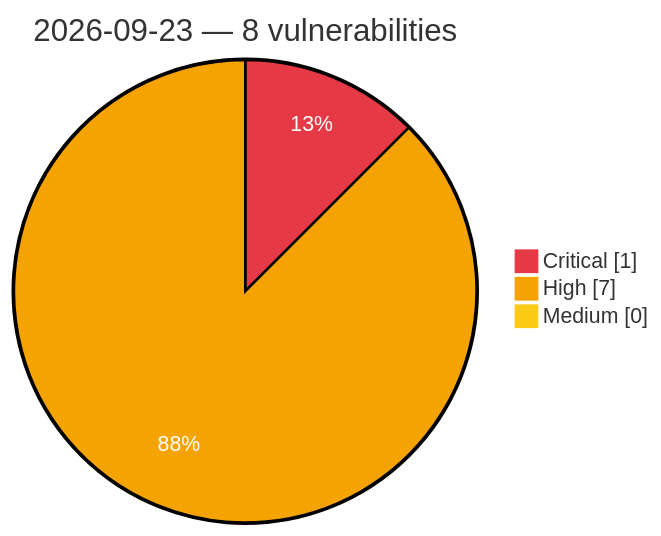
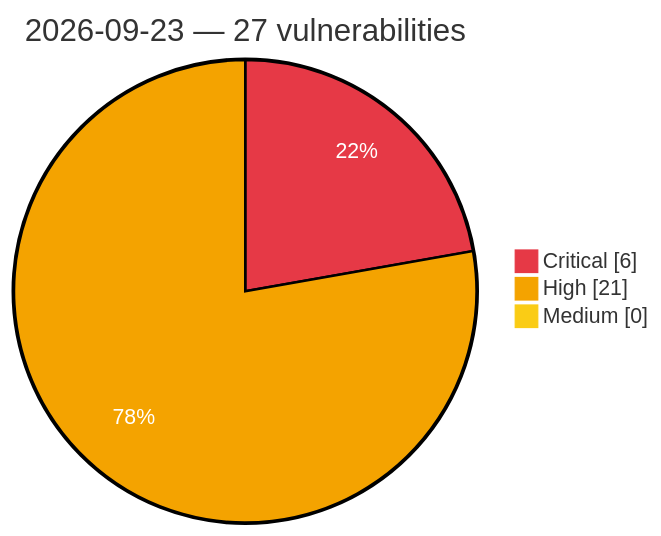
Before and after one commit to GhostX0X/vuln-tracker: the diagram in vulnerabilities/2026/September/2026-09-23.md, drawn with Mermaid. The commit also changed other lines of this file and 5 other files, not shown here.

Commit message:
Auto update: critical/high vulns (2026-09-23 14:53 UTC)

````diff
--- a/vulnerabilities/2026/September/2026-09-23.md
+++ b/vulnerabilities/2026/September/2026-09-23.md
@@ -3,8 +3,8 @@
 ```mermaid
 %%{init: {'theme':'base', 'themeVariables': {'pie1':'#e63946', 'pie2':'#f4a300', 'pie3':'#facc15', 'pieOpacity':'1', 'pieOuterStrokeWidth':'2px', 'pieSectionTextColor':'#ffffff'}}}%%
 pie showData
-    title 2026-09-23 — 8 vulnerabilities
-    "Critical" : 1
-    "High" : 7
+    title 2026-09-23 — 27 vulnerabilities
+    "Critical" : 6
+    "High" : 21
     "Medium" : 0
 ```
````
